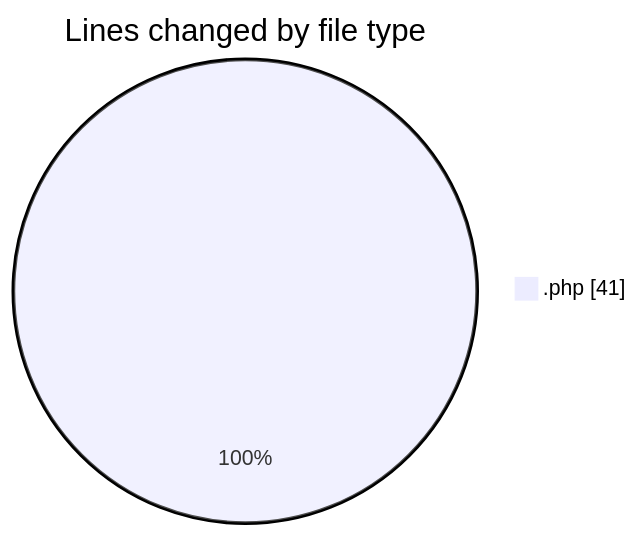
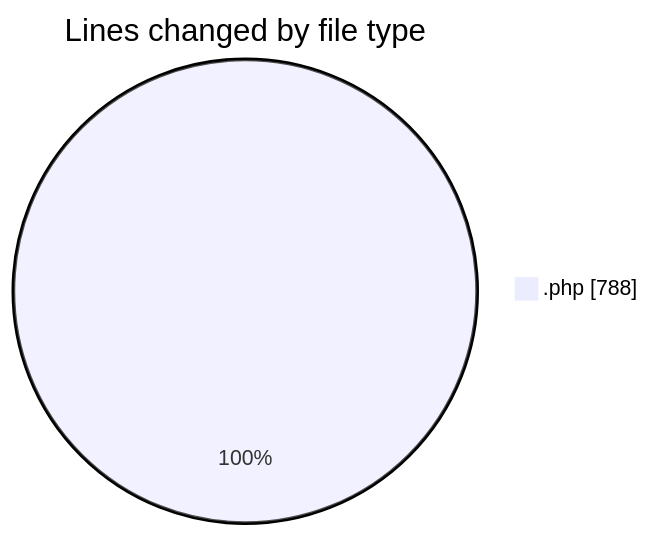
One commit to vahidmafi/code-tracking changed the first of 2 diagrams in 2025-03-23/zeytoon/README.md. Above: the diagram before and after it, drawn with Mermaid. The commit also changed other lines of this file and 1 other file, not shown here.

````diff
--- a/2025-03-23/zeytoon/README.md
+++ b/2025-03-23/zeytoon/README.md
@@ -20,5 +21,5 @@
 ```mermaid
 pie showData
 title Lines changed by file type
-".php" : 41
+".php" : 788
 ```
````
